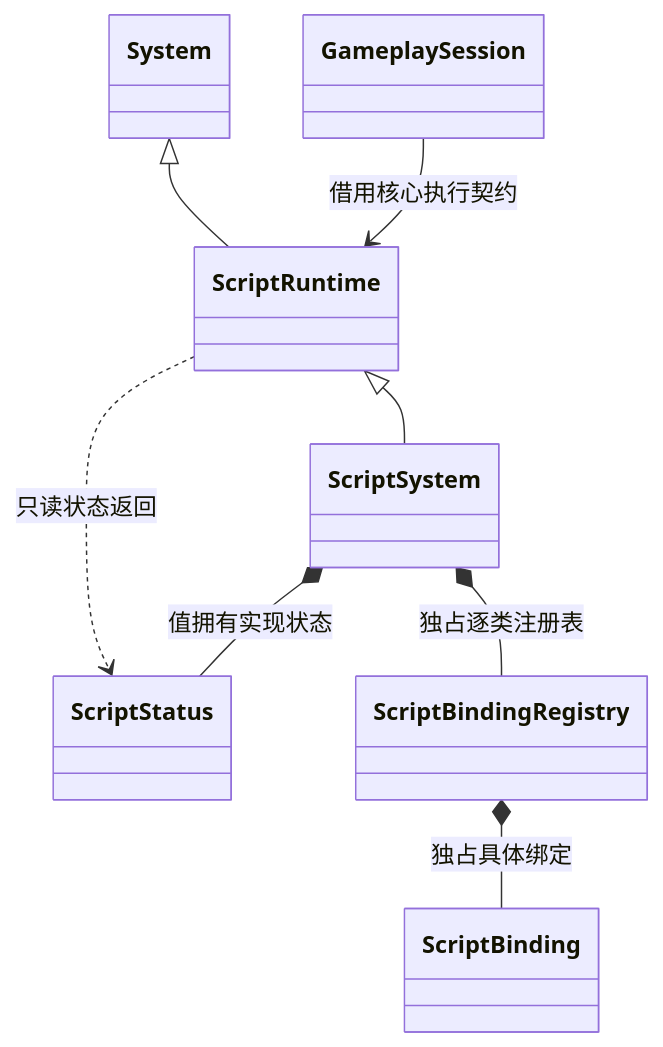
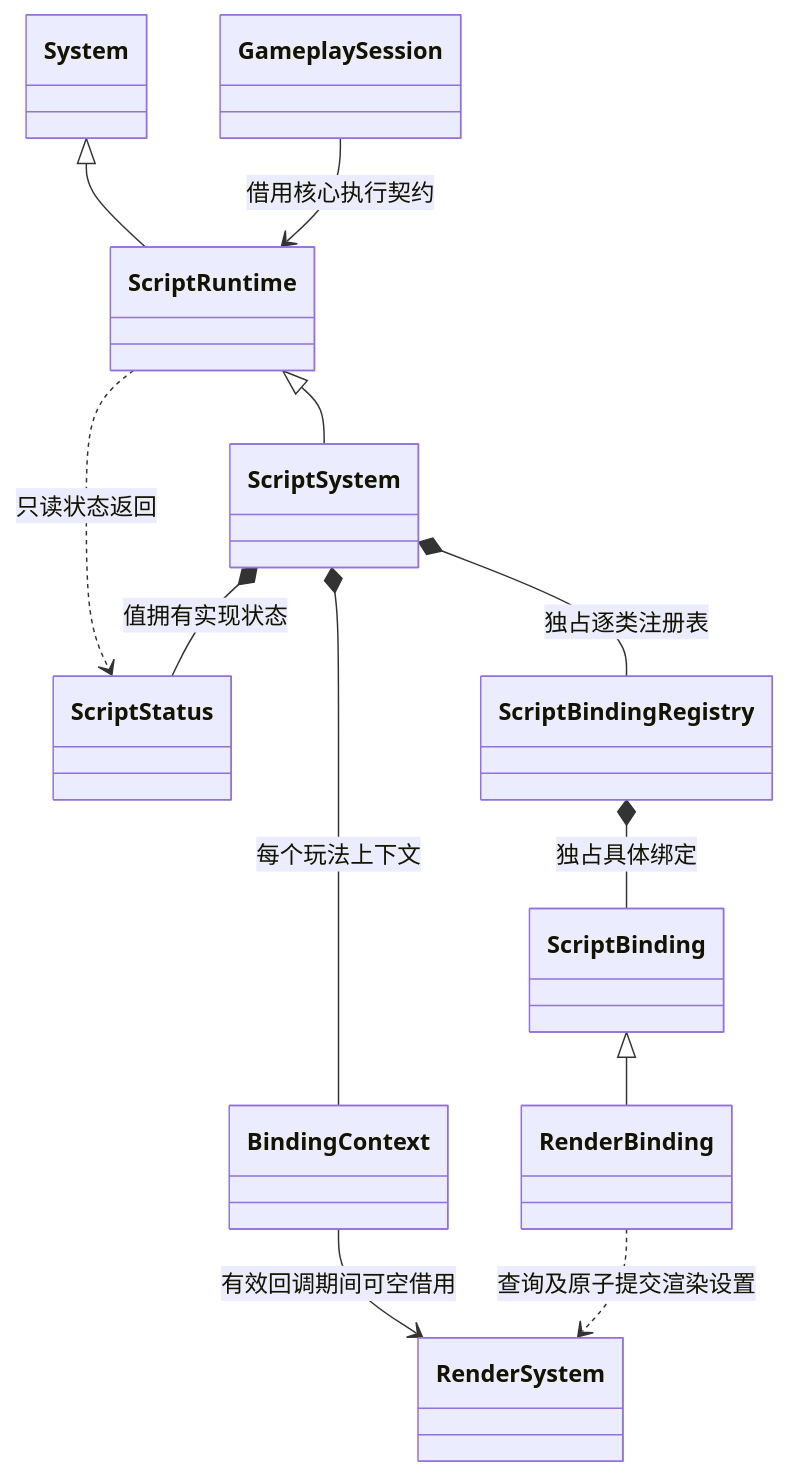
Before and after one commit to lcals/Engine: diagram 19 of 34 in docs/class-diagrams/references.md, drawn with Mermaid. The commit also changed other lines of this file and 2455 other files, not shown here.

````diff
--- a/docs/class-diagrams/references.md
+++ b/docs/class-diagrams/references.md
@@ -566,17 +568,24 @@
 ```mermaid
 classDiagram
     class System
     class ScriptRuntime
     class ScriptStatus
     class ScriptSystem
     class ScriptBinding
     class ScriptBindingRegistry
     class GameplaySession
     System <|-- ScriptRuntime
     ScriptRuntime <|-- ScriptSystem
     GameplaySession --> ScriptRuntime : 借用核心执行契约
     ScriptRuntime ..> ScriptStatus : 只读状态返回
     ScriptSystem *-- ScriptStatus : 值拥有实现状态
     ScriptSystem *-- ScriptBindingRegistry : 独占逐类注册表
     ScriptBindingRegistry *-- ScriptBinding : 独占具体绑定
+    class BindingContext
+    class RenderBinding
+    class RenderSystem
+    ScriptSystem *-- BindingContext : 每个玩法上下文
+    ScriptBinding <|-- RenderBinding
+    BindingContext --> RenderSystem : 有效回调期间可空借用
+    RenderBinding ..> RenderSystem : 查询及原子提交渲染设置
 ```
````
